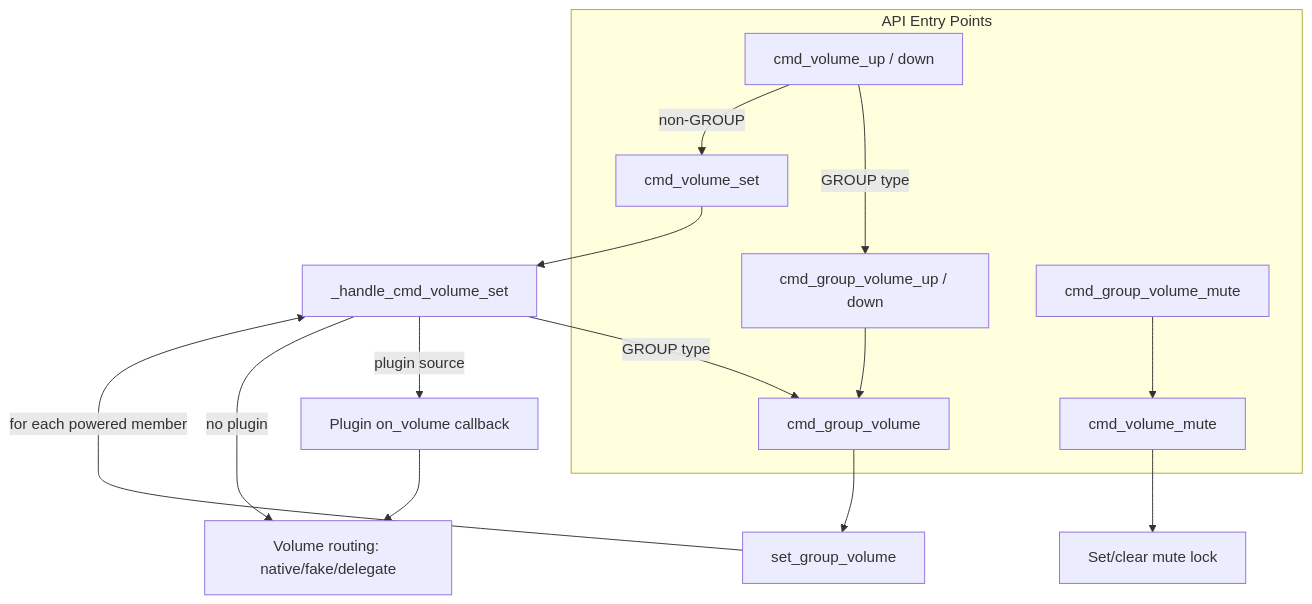
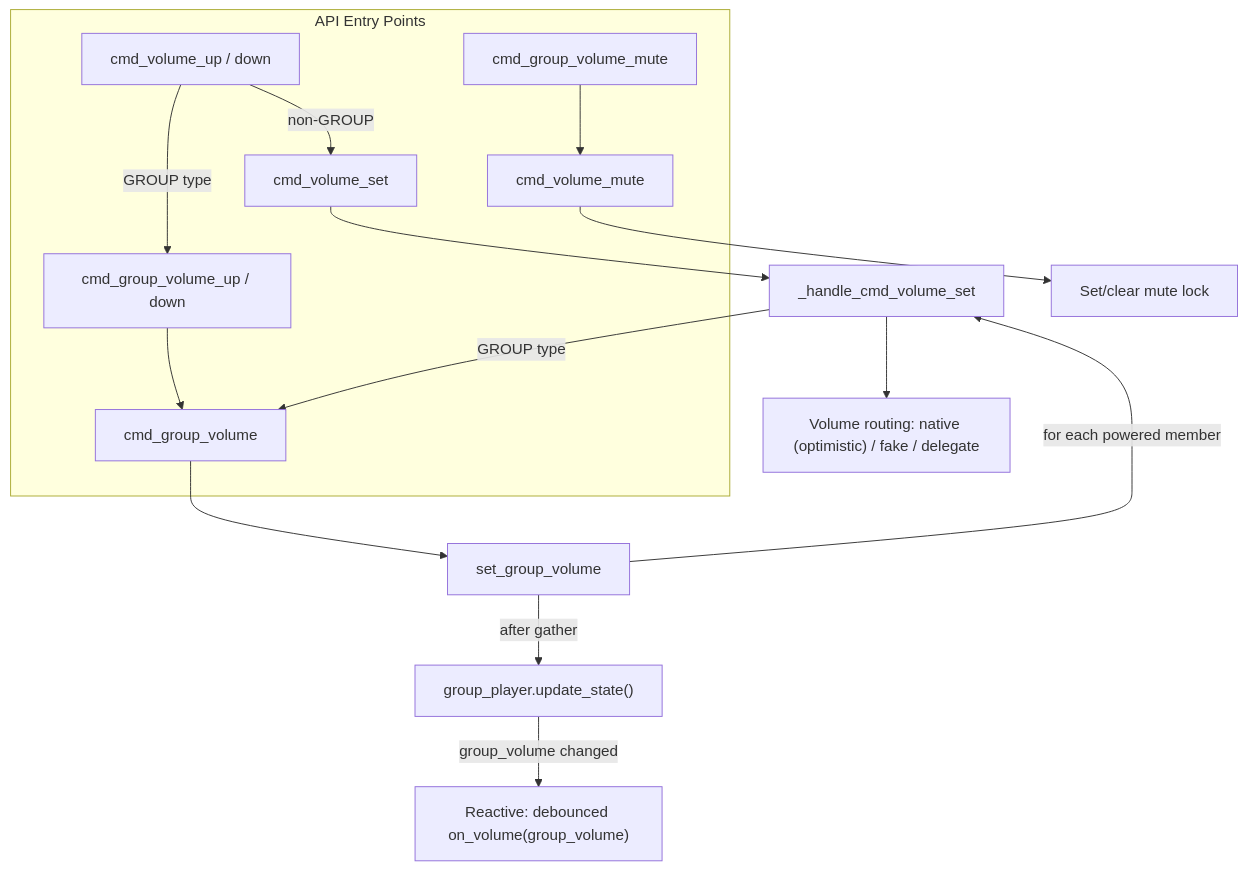
The second of 2 diagrams in docs/architecture/07-volume.md (theturtle32/music-assistant-server), drawn with Mermaid before and after one commit. The commit also changed other lines of this file and 8 other files, not shown here.

First line of the commit message:
Fix plugin volume feedback loop with reactive notifications

````diff
--- a/docs/architecture/07-volume.md
+++ b/docs/architecture/07-volume.md
@@ -219,26 +225,26 @@
 ```mermaid
 flowchart TD
     subgraph "API Entry Points"
         V1[cmd_volume_set]
         V2[cmd_volume_up / down]
         V3[cmd_group_volume]
         V4[cmd_group_volume_up / down]
         V5[cmd_group_volume_mute]
         V6[cmd_volume_mute]
     end
 
     V1 --> HV[_handle_cmd_volume_set]
     V2 -->|GROUP type| V4
     V2 -->|non-GROUP| V1
     V3 --> SGV[set_group_volume]
     V4 --> V3
     V5 --> V6
     V6 --> ML[Set/clear mute lock]
 
     HV -->|GROUP type| V3
-    HV -->|plugin source| PC[Plugin on_volume callback]
-    PC --> VR[Volume routing: native/fake/delegate]
-    HV -->|no plugin| VR
+    HV --> VR["Volume routing: native (optimistic) / fake / delegate"]
 
-    SGV --> |"for each powered member"| HV
+    SGV -->|"for each powered member"| HV
+    SGV -->|"after gather"| GU["group_player.update_state()"]
+    GU -->|"group_volume changed"| PV["Reactive: debounced on_volume(group_volume)"]
 ```
````
